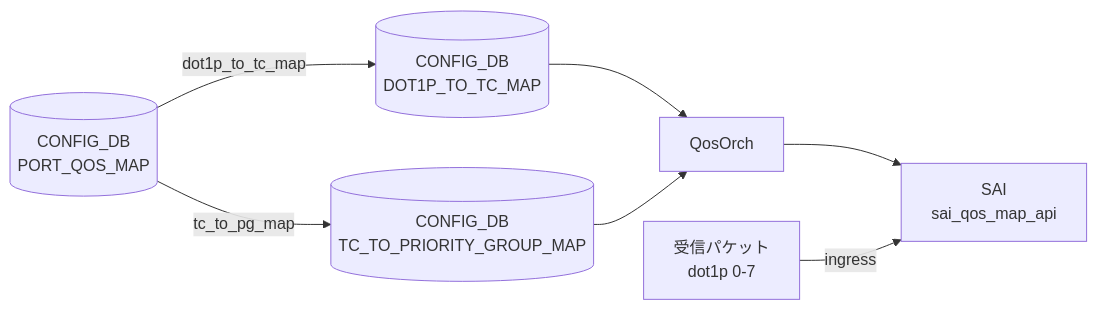
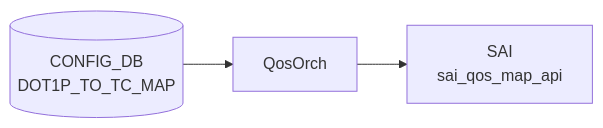
One commit to aoki-taquan/sonic-unofficial-docs changed the diagram in docs/reference/config-db/dot1p-to-pg-map.md. Above: the diagram before and after it, drawn with Mermaid. The commit also changed other lines of this file and 359 other files, not shown here.

````diff
--- a/docs/reference/config-db/dot1p-to-pg-map.md
+++ b/docs/reference/config-db/dot1p-to-pg-map.md
@@ -51,16 +51,8 @@
 ```mermaid
 flowchart LR
-  PKT["受信パケット<br/>dot1p 0-7"]
-  D2T[("CONFIG_DB<br/>DOT1P_TO_TC_MAP")]
-  T2P[("CONFIG_DB<br/>TC_TO_PRIORITY_GROUP_MAP")]
-  PORT[("CONFIG_DB<br/>PORT_QOS_MAP")]
-  ORC["QosOrch"]
+  CDB[("CONFIG_DB<br/>DOT1P_TO_TC_MAP")]
+  DM["QosOrch"]
+  CDB --> DM
   SAI["SAI<br/>sai_qos_map_api"]
-
-  PORT -->|dot1p_to_tc_map| D2T
-  PORT -->|tc_to_pg_map| T2P
-  D2T --> ORC
-  T2P --> ORC
-  ORC --> SAI
-  PKT -->|ingress| SAI
+  DM --> SAI
 ```
````
